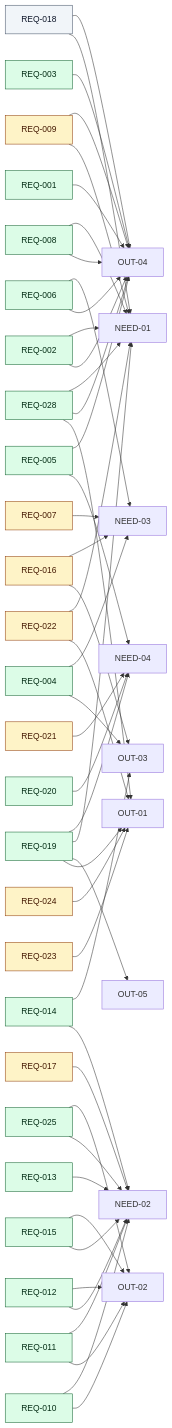
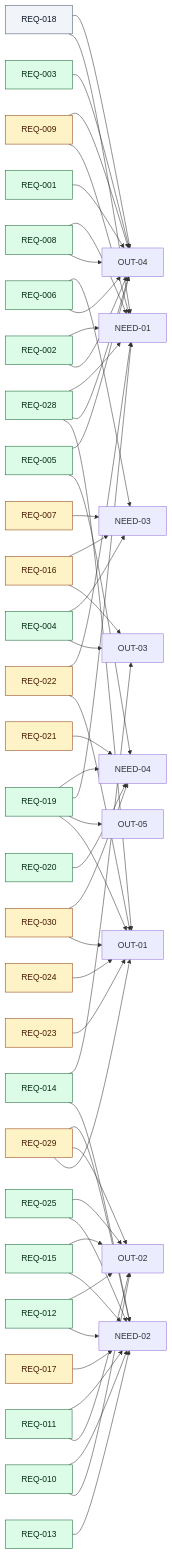
Before and after one commit to dkoenawan/compass-labs: the third of 4 diagrams in docs/sessions/2026-11-14-triage-skill/define/diagrams.md, drawn with Mermaid. The commit also changed other lines of this file and 6 other files, not shown here.

````diff
--- a/docs/sessions/2026-11-14-triage-skill/define/diagrams.md
+++ b/docs/sessions/2026-11-14-triage-skill/define/diagrams.md
@@ -72,61 +75,66 @@
 ```mermaid
 flowchart LR
   classDef must fill:#DCFCE7,stroke:#166534,color:#052E16
   classDef should fill:#FEF3C7,stroke:#92400E,color:#451A03
   classDef could fill:#F1F5F9,stroke:#475569,color:#0F172A
   O01["OUT-01"]
   O02["OUT-02"]
   O03["OUT-03"]
   O04["OUT-04"]
   O05["OUT-05"]
   N01["NEED-01"]
   N02["NEED-02"]
   N03["NEED-03"]
   N04["NEED-04"]
   R001["REQ-001"]:::must --> O04
   R002["REQ-002"]:::must --> O04
   R002 --> N01
   R003["REQ-003"]:::must --> O04
   R004["REQ-004"]:::must --> O03
   R004 --> N03
   R005["REQ-005"]:::must --> N04
   R005 --> O04
   R006["REQ-006"]:::must --> O04
   R006 --> N03
   R007["REQ-007"]:::should --> N03
   R008["REQ-008"]:::must --> O04
   R008 --> N01
   R009["REQ-009"]:::should --> N01
   R009 --> O04
   R028["REQ-028"]:::must --> O01
   R028 --> O04
   R028 --> N01
   R010["REQ-010"]:::must --> O02
   R010 --> N02
   R011["REQ-011"]:::must --> O02
   R011 --> N02
   R012["REQ-012"]:::must --> N02
   R012 --> O02
   R013["REQ-013"]:::must --> N02
   R014["REQ-014"]:::must --> N02
   R014 --> O03
   R015["REQ-015"]:::must --> N02
   R015 --> O02
   R016["REQ-016"]:::should --> O03
   R016 --> N03
   R017["REQ-017"]:::should --> N02
   R018["REQ-018"]:::could --> N01
   R018 --> O04
   R019["REQ-019"]:::must --> O01
   R019 --> O05
   R019 --> N01
   R019 --> N04
   R020["REQ-020"]:::must --> N04
   R021["REQ-021"]:::should --> N04
   R022["REQ-022"]:::should --> O01
   R022 --> N01
   R023["REQ-023"]:::should --> O01
   R024["REQ-024"]:::should --> O01
   R025["REQ-025"]:::must --> N02
   R025 --> O02
+  R029["REQ-029"]:::should --> O01
+  R029 --> O02
+  R029 --> N02
+  R030["REQ-030"]:::should --> O01
+  R030 --> N04
 ```
````
